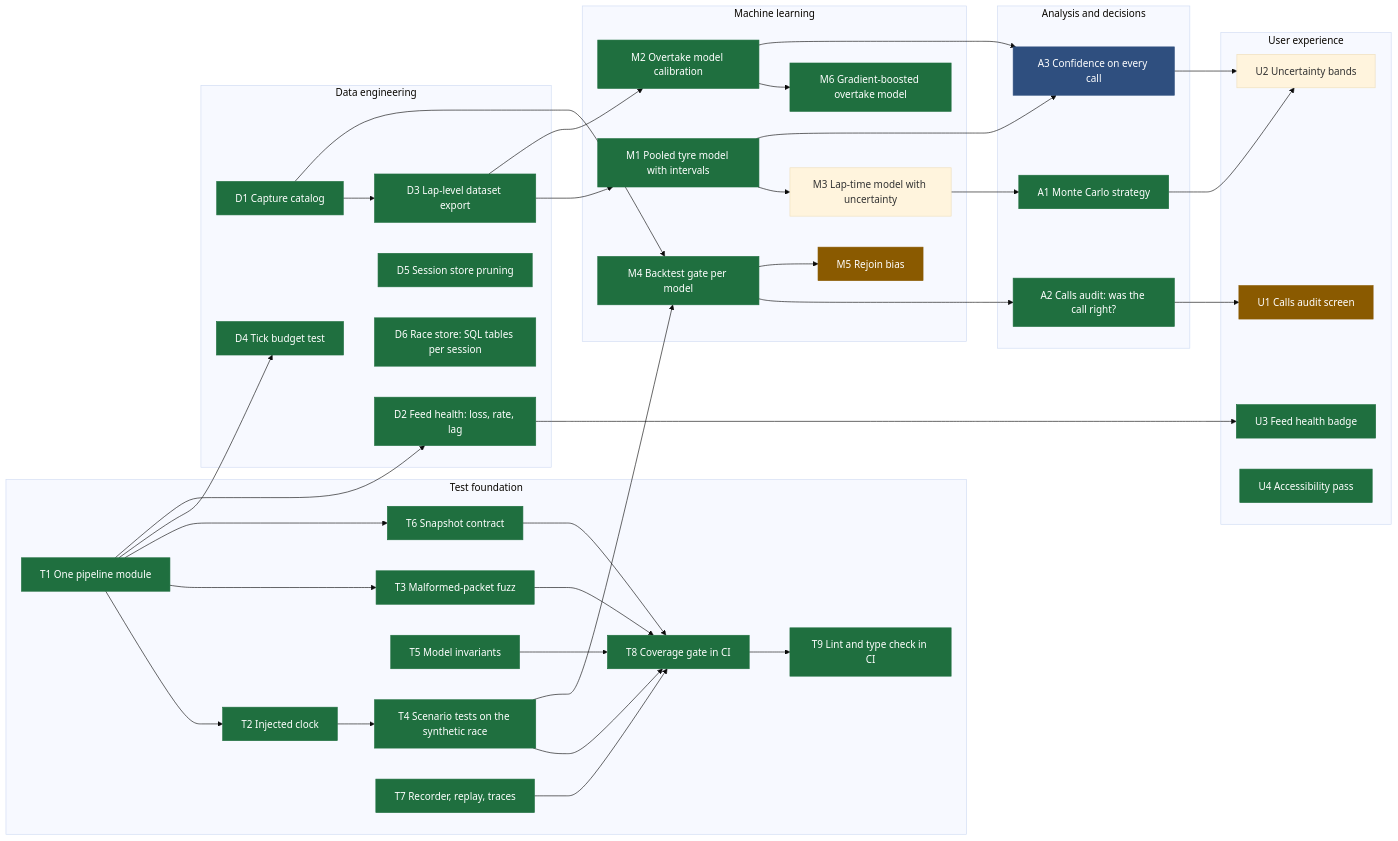
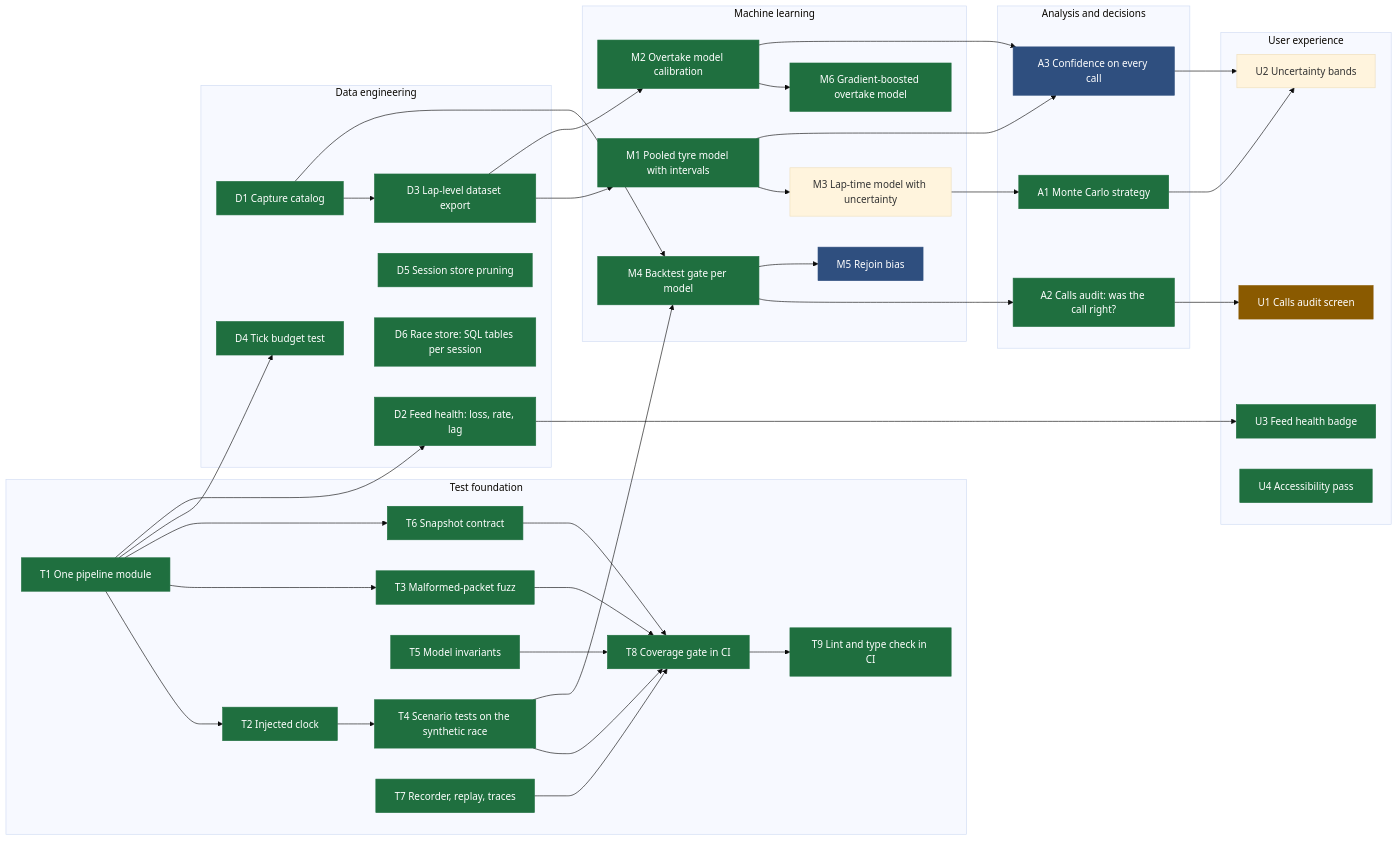
Before and after one commit to srikarnadella/f1-race-engineer: the diagram in docs/roadmap.md, drawn with Mermaid (base theme). The commit also changed other lines of this file and 10 other files, not shown here.

````diff
--- a/docs/roadmap.md
+++ b/docs/roadmap.md
@@ -8,61 +8,61 @@
 ```mermaid
 flowchart LR
   classDef done fill:#1f6f3f,color:#fff,stroke:#1f6f3f
   classDef next fill:#8a5a00,color:#fff,stroke:#8a5a00
   classDef part fill:#2f4f7f,color:#fff,stroke:#2f4f7f
 
   subgraph T[Test foundation]
     T1[T1 One pipeline module]:::done
     T2[T2 Injected clock]:::done
     T3[T3 Malformed-packet fuzz]:::done
     T4[T4 Scenario tests on the synthetic race]:::done
     T5[T5 Model invariants]:::done
     T6[T6 Snapshot contract]:::done
     T7[T7 Recorder, replay, traces]:::done
     T8[T8 Coverage gate in CI]:::done
     T9[T9 Lint and type check in CI]:::done
   end
   subgraph D[Data engineering]
     D1[D1 Capture catalog]:::done
     D2[D2 Feed health: loss, rate, lag]:::done
     D3[D3 Lap-level dataset export]:::done
     D4[D4 Tick budget test]:::done
     D5[D5 Session store pruning]:::done
     D6[D6 Race store: SQL tables per session]:::done
   end
   subgraph M[Machine learning]
     M1[M1 Pooled tyre model with intervals]:::done
     M2[M2 Overtake model calibration]:::done
     M3[M3 Lap-time model with uncertainty]
     M4[M4 Backtest gate per model]:::done
-    M5[M5 Rejoin bias]:::next
+    M5[M5 Rejoin bias]:::part
     M6[M6 Gradient-boosted overtake model]:::done
   end
   subgraph A[Analysis and decisions]
     A1[A1 Monte Carlo strategy]:::done
     A2[A2 Calls audit: was the call right?]:::done
     A3[A3 Confidence on every call]:::part
   end
   subgraph U[User experience]
     U1[U1 Calls audit screen]:::next
     U2[U2 Uncertainty bands]
     U3[U3 Feed health badge]:::done
     U4[U4 Accessibility pass]:::done
   end
 
   T1 --> T2 --> T4
   T1 --> T3
   T1 --> T6
   T1 --> D4
   T3 & T4 & T5 & T6 & T7 --> T8
   T8 --> T9
   T1 --> D2 --> U3
   D1 --> D3
   D3 --> M1 & M2
   M1 --> M3 --> A1
   D1 & T4 --> M4 --> A2 --> U1
   M4 --> M5
   M2 --> M6
   M1 & M2 --> A3 --> U2
   A1 --> U2
 ```
````
